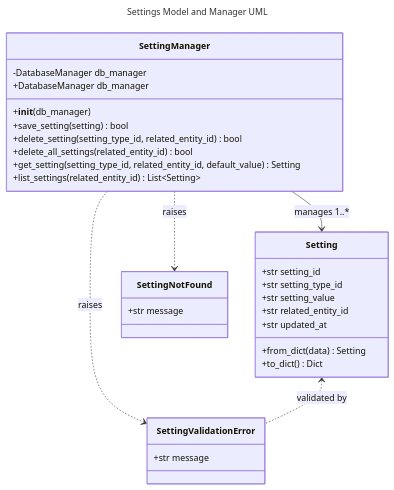
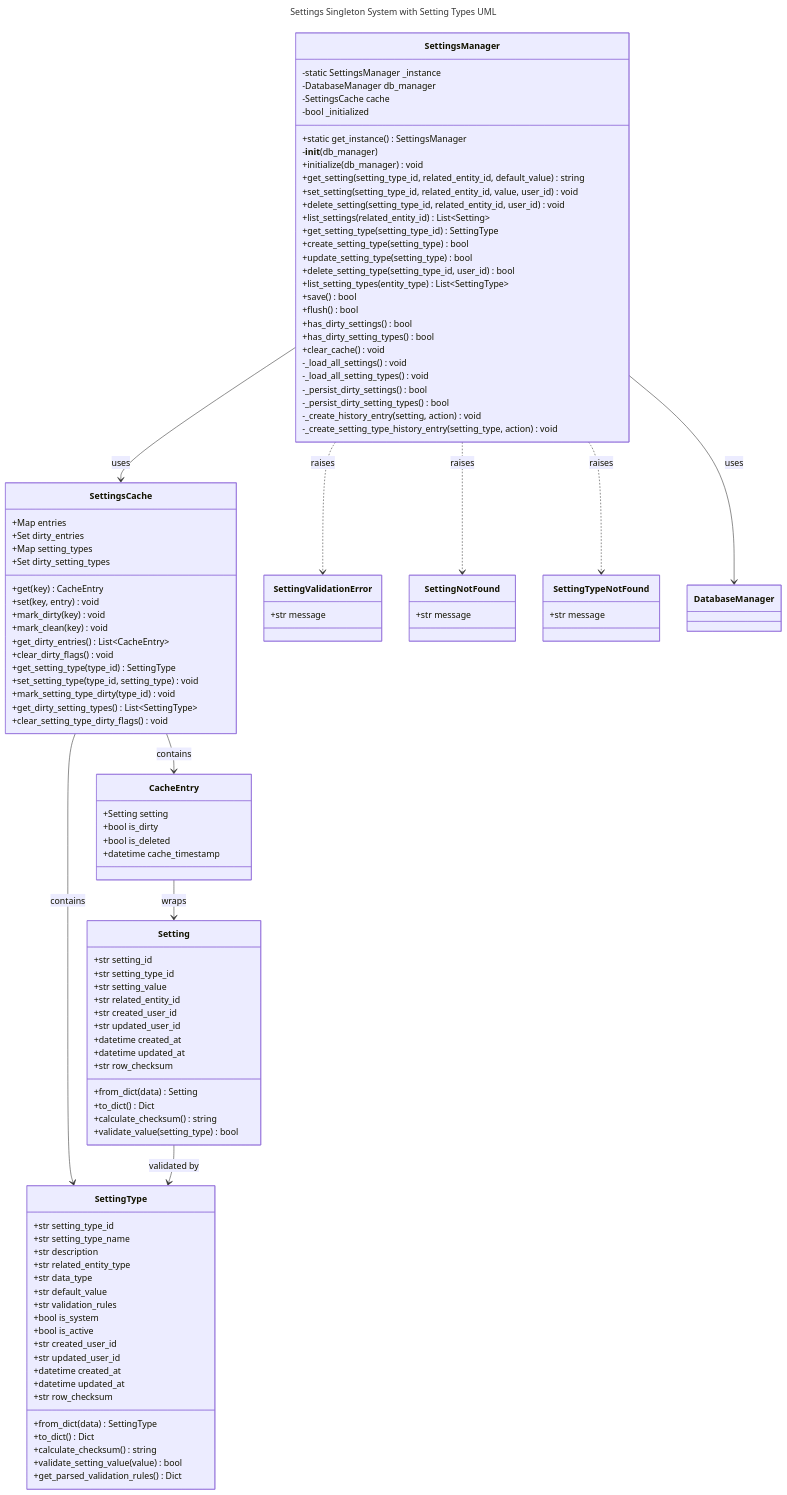
One commit to SeanAdams10/AITypingTrainer changed the diagram in Prompts/Settings.md. Above: the diagram before and after it, drawn with Mermaid. The commit also changed other lines of this file and 20 other files, not shown here.

Commit message:
Now trying to make settings into a singleton

````diff
--- a/Prompts/Settings.md
+++ b/Prompts/Settings.md
@@ -95,36 +250,120 @@
 ```mermaid
 ---
-title: Settings Model and Manager UML
+title: Settings Singleton System with Setting Types UML
 ---
 classDiagram
+    class SettingsManager {
+        -static SettingsManager _instance
+        -DatabaseManager db_manager
+        -SettingsCache cache
+        -bool _initialized
+        +static get_instance() SettingsManager
+        -__init__(db_manager)
+        +initialize(db_manager) void
+        +get_setting(setting_type_id, related_entity_id, default_value) string
+        +set_setting(setting_type_id, related_entity_id, value, user_id) void
+        +delete_setting(setting_type_id, related_entity_id, user_id) void
+        +list_settings(related_entity_id) List~Setting~
+        +get_setting_type(setting_type_id) SettingType
+        +create_setting_type(setting_type) bool
+        +update_setting_type(setting_type) bool
+        +delete_setting_type(setting_type_id, user_id) bool
+        +list_setting_types(entity_type) List~SettingType~
+        +save() bool
+        +flush() bool
+        +has_dirty_settings() bool
+        +has_dirty_setting_types() bool
+        +clear_cache() void
+        -_load_all_settings() void
+        -_load_all_setting_types() void
+        -_persist_dirty_settings() bool
+        -_persist_dirty_setting_types() bool
+        -_create_history_entry(setting, action) void
+        -_create_setting_type_history_entry(setting_type, action) void
+    }
+    
     class Setting {
         +str setting_id
         +str setting_type_id
         +str setting_value
         +str related_entity_id
-        +str updated_at
+        +str created_user_id
+        +str updated_user_id
+        +datetime created_at
+        +datetime updated_at
+        +str row_checksum
         +from_dict(data) Setting
         +to_dict() Dict
+        +calculate_checksum() string
+        +validate_value(setting_type) bool
     }
-    class SettingManager {
-        -DatabaseManager db_manager
-        +DatabaseManager db_manager
-        +__init__(db_manager)
-        +save_setting(setting) bool
-        +delete_setting(setting_type_id, related_entity_id) bool
-        +delete_all_settings(related_entity_id) bool
-        +get_setting(setting_type_id, related_entity_id, default_value) Setting
-        +list_settings(related_entity_id) List~Setting~
+    
+    class SettingType {
+        +str setting_type_id
+        +str setting_type_name
+        +str description
+        +str related_entity_type
+        +str data_type
+        +str default_value
+        +str validation_rules
+        +bool is_system
+        +bool is_active
+        +str created_user_id
+        +str updated_user_id
+        +datetime created_at
+        +datetime updated_at
+        +str row_checksum
+        +from_dict(data) SettingType
+        +to_dict() Dict
+        +calculate_checksum() string
+        +validate_setting_value(value) bool
+        +get_parsed_validation_rules() Dict
     }
+    
+    class SettingsCache {
+        +Map entries
+        +Set dirty_entries
+        +Map setting_types
+        +Set dirty_setting_types
+        +get(key) CacheEntry
+        +set(key, entry) void
+        +mark_dirty(key) void
+        +mark_clean(key) void
+        +get_dirty_entries() List~CacheEntry~
+        +clear_dirty_flags() void
+        +get_setting_type(type_id) SettingType
+        +set_setting_type(type_id, setting_type) void
+        +mark_setting_type_dirty(type_id) void
+        +get_dirty_setting_types() List~SettingType~
+        +clear_setting_type_dirty_flags() void
+    }
+    
+    class CacheEntry {
+        +Setting setting
+        +bool is_dirty
+        +bool is_deleted
+        +datetime cache_timestamp
+    }
+    
     class SettingValidationError {
         +str message
     }
+    
     class SettingNotFound {
         +str message
     }
-    SettingManager --> Setting : manages 1..*
-    SettingManager ..> SettingValidationError : raises
-    SettingManager ..> SettingNotFound : raises
-    Setting <.. SettingValidationError : validated by
-    %% Test classes are not included in the main diagram, but test coverage is implied.
+    
+    class SettingTypeNotFound {
+        +str message
+    }
+    
+    SettingsManager --> SettingsCache : uses
+    SettingsCache --> CacheEntry : contains
+    SettingsCache --> SettingType : contains
+    CacheEntry --> Setting : wraps
+    Setting --> SettingType : validated by
+    SettingsManager ..> SettingValidationError : raises
+    SettingsManager ..> SettingNotFound : raises
+    SettingsManager ..> SettingTypeNotFound : raises
+    SettingsManager --> DatabaseManager : uses
 ```
````
